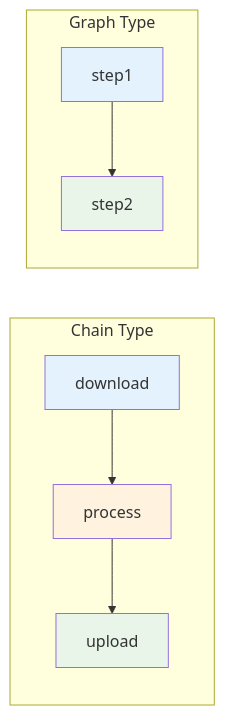
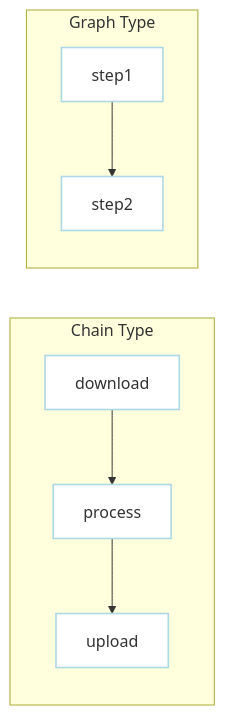
One commit to dagu-org/dagu changed the fourth of 8 diagrams in docs-next/writing-workflows/examples/index.md. Above: the diagram before and after it, drawn with Mermaid. The commit also changed other lines of this file and 2 other files, not shown here.

````diff
--- a/docs-next/writing-workflows/examples/index.md
+++ b/docs-next/writing-workflows/examples/index.md
@@ -133,16 +135,16 @@
 ```mermaid
 graph LR
     subgraph Chain[Chain Type]
         A1[download] --> A2[process] --> A3[upload]
     end
     
     subgraph Graph[Graph Type]
         B1[step1] --> B2[step2]
     end
     
-    style A1 fill:#e3f2fd
-    style A2 fill:#fff3e0
-    style A3 fill:#e8f5e8
-    style B1 fill:#e3f2fd
-    style B2 fill:#e8f5e8
+    style A1 fill:white,stroke:lightblue,stroke-width:1.6px
+    style A2 fill:white,stroke:lightblue,stroke-width:1.6px
+    style A3 fill:white,stroke:lightblue,stroke-width:1.6px
+    style B1 fill:white,stroke:lightblue,stroke-width:1.6px
+    style B2 fill:white,stroke:lightblue,stroke-width:1.6px
 ```
````
